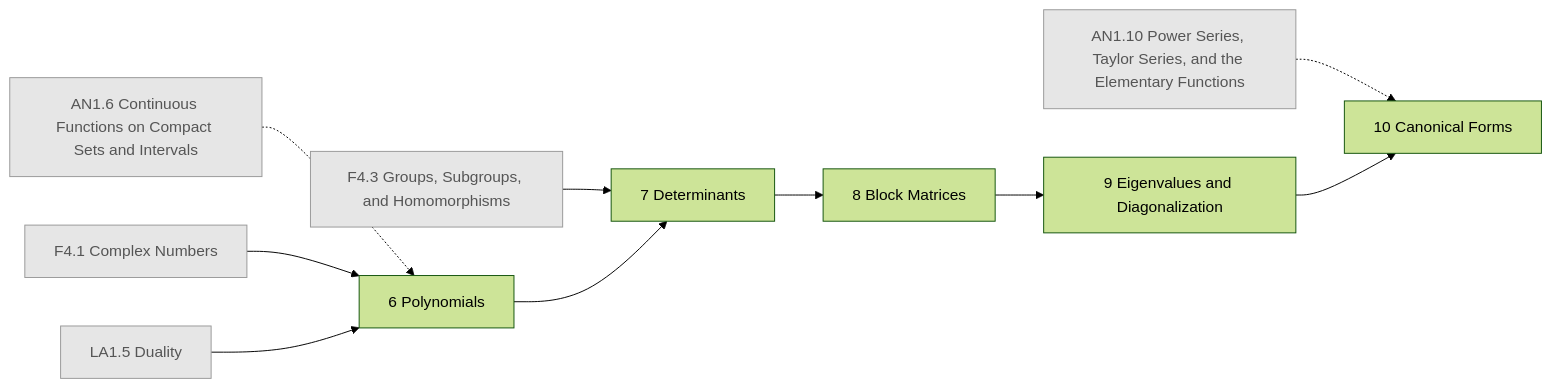
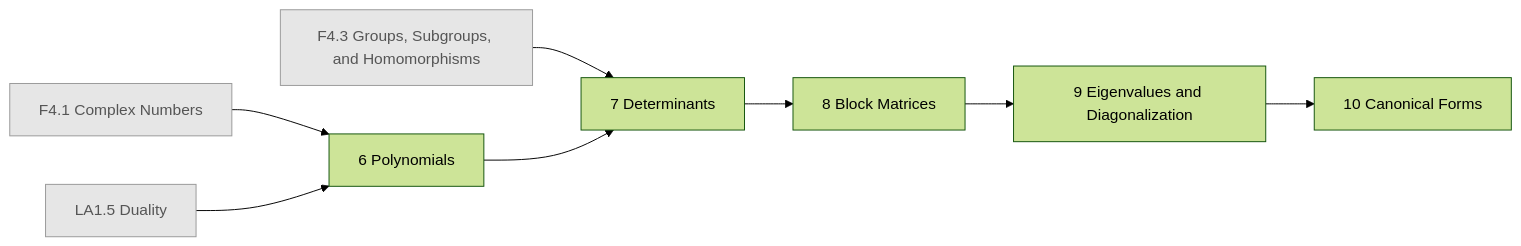
Before and after one commit to AkizumiFox/math-atlas: the diagram in generated/chapters/LA2.mmd, drawn with Mermaid (forest theme). The commit also changed 15 other files, not shown here.

```diff
--- a/generated/chapters/LA2.mmd
+++ b/generated/chapters/LA2.mmd
@@ -1,23 +1,19 @@
 flowchart LR
-  AN1_6["AN1.6 Continuous Functions on Compact Sets and Intervals"]:::ext
-  AN1_10["AN1.10 Power Series, Taylor Series, and the Elementary Functions"]:::ext
   F4_1["F4.1 Complex Numbers"]:::ext
   F4_3["F4.3 Groups, Subgroups, and Homomorphisms"]:::ext
   LA1_5["LA1.5 Duality"]:::ext
   LA2_6["6 Polynomials"]
   LA2_7["7 Determinants"]
   LA2_8["8 Block Matrices"]
   LA2_9["9 Eigenvalues and Diagonalization"]
   LA2_10["10 Canonical Forms"]
-  AN1_6 -.-> LA2_6
   F4_1 --> LA2_6
   LA1_5 --> LA2_6
   F4_3 --> LA2_7
   LA2_6 --> LA2_7
   LA2_7 --> LA2_8
   LA2_8 --> LA2_9
-  AN1_10 -.-> LA2_10
   LA2_9 --> LA2_10
   classDef ext fill:#e6e6e6,stroke:#999,color:#555
   classDef opt fill:#fff,stroke:#999,stroke-dasharray:4 3,color:#555
   classDef segb fill:#f6f6fb,stroke:#99a,color:#333
```
